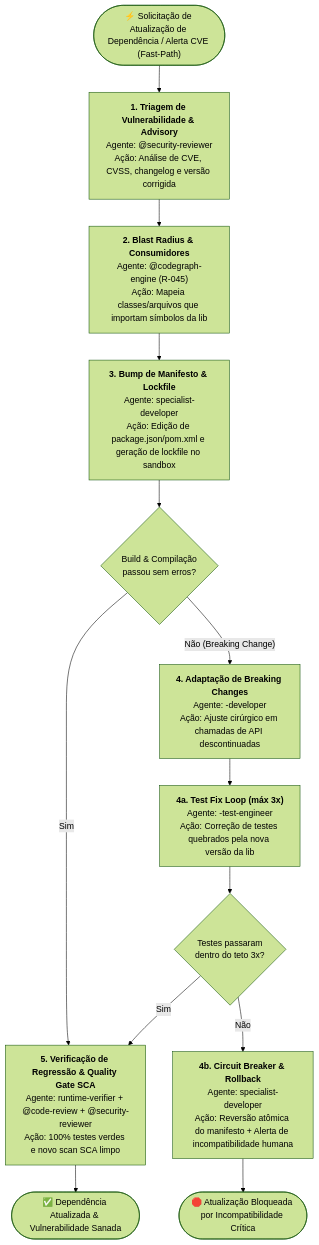
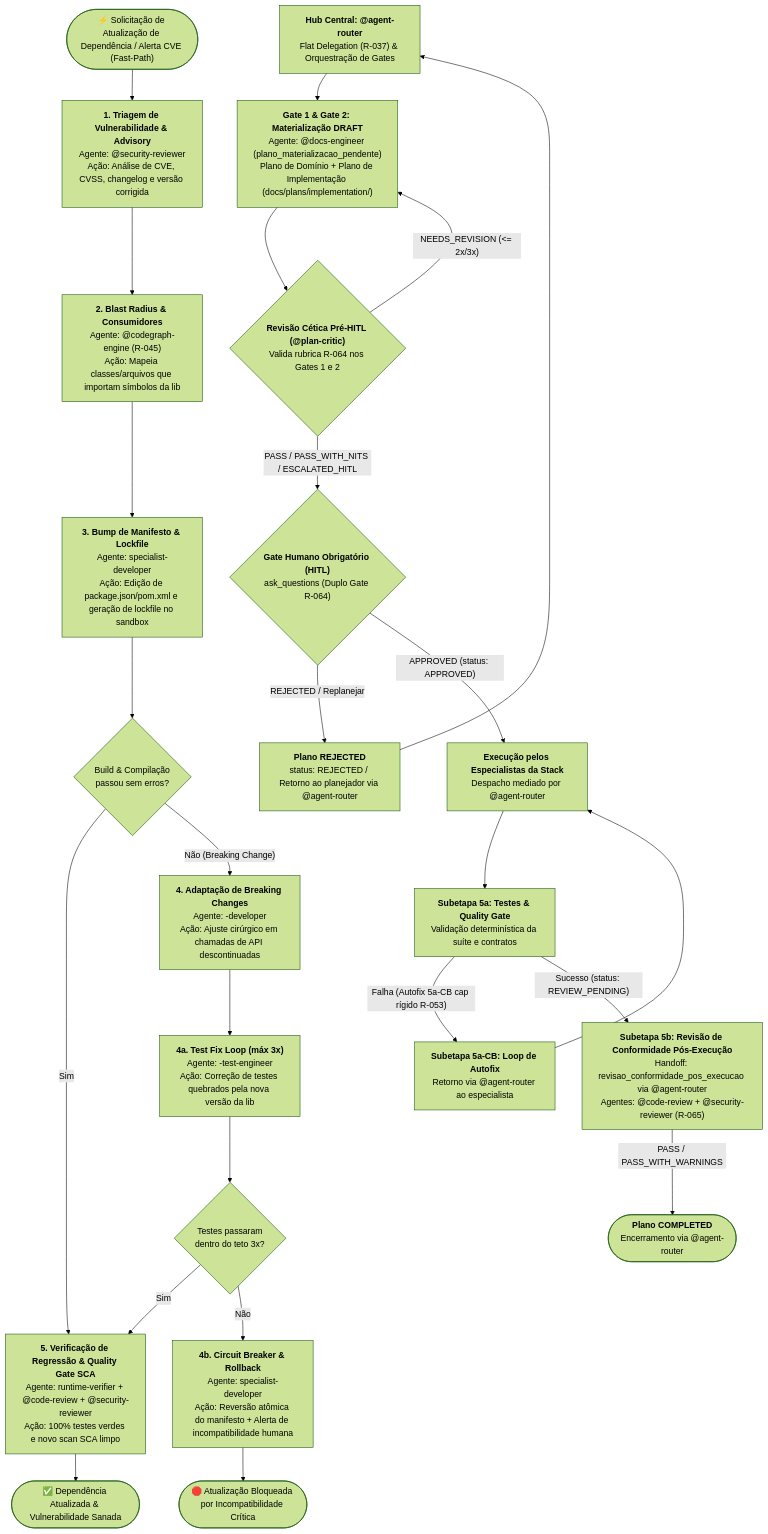
The diagram in .github/agents/workflows/workflow-dependency-vulnerability-remediation.md (jezreel8858/deep-agents-copilot), drawn with Mermaid (forest theme) before and after one commit. The commit also changed 84 other files, not shown here.

````diff
--- a/.github/agents/workflows/workflow-dependency-vulnerability-remediation.md
+++ b/.github/agents/workflows/workflow-dependency-vulnerability-remediation.md
@@ -12,20 +12,32 @@
 ```mermaid
+
 flowchart TD
     Start(["⚡ Solicitação de Atualização de Dependência / Alerta CVE (Fast-Path)"]) --> Triage["<b>1. Triagem de Vulnerabilidade & Advisory</b><br/>Agente: @security-reviewer<br/>Ação: Análise de CVE, CVSS, changelog e versão corrigida"]
 
     Triage --> Blast["<b>2. Blast Radius & Consumidores</b><br/>Agente: @codegraph-engine (R-045)<br/>Ação: Mapeia classes/arquivos que importam símbolos da lib"]
 
     Blast --> BumpManifest["<b>3. Bump de Manifesto & Lockfile</b><br/>Agente: specialist-developer<br/>Ação: Edição de package.json/pom.xml e geração de lockfile no sandbox"]
 
     BumpManifest --> CheckCompile{"Build & Compilação<br/>passou sem erros?"}
     CheckCompile -- "Sim" --> RegressionTest["<b>5. Verificação de Regressão & Quality Gate SCA</b><br/>Agente: runtime-verifier + @code-review + @security-reviewer<br/>Ação: 100% testes verdes e novo scan SCA limpo"]
     CheckCompile -- "Não (Breaking Change)" --> AdaptBreak["<b>4. Adaptação de Breaking Changes</b><br/>Agente: <stack>-developer<br/>Ação: Ajuste cirúrgico em chamadas de API descontinuadas"]
 
     AdaptBreak --> TestFixLoop["<b>4a. Test Fix Loop (máx 3x)</b><br/>Agente: <stack>-test-engineer<br/>Ação: Correção de testes quebrados pela nova versão da lib"]
     TestFixLoop --> CheckPass{"Testes passaram<br/>dentro do teto 3x?"}
     CheckPass -- "Sim" --> RegressionTest
     CheckPass -- "Não" --> Rollback["<b>4b. Circuit Breaker & Rollback</b><br/>Agente: specialist-developer<br/>Ação: Reversão atômica do manifesto + Alerta de incompatibilidade humana"]
 
     RegressionTest --> EndDone(["✅ Dependência Atualizada & Vulnerabilidade Sanada"])
     Rollback --> EndFail(["🛑 Atualização Bloqueada por Incompatibilidade Crítica"])
+    %% --- R-064 PARITY START ---
+    RouterHub["<b>Hub Central: @agent-router</b><br/>Flat Delegation (R-037) & Orquestração de Gates"] --> Gate1Mat["<b>Gate 1 & Gate 2: Materialização DRAFT</b><br/>Agente: @docs-engineer (plano_materializacao_pendente)<br/>Plano de Domínio + Plano de Implementação (docs/plans/implementation/)"]
+    Gate1Mat --> GateCritic{"<b>Revisão Cética Pré-HITL (@plan-critic)</b><br/>Valida rubrica R-064 nos Gates 1 e 2"}
+    GateCritic -- "NEEDS_REVISION (<= 2x/3x)" --> Gate1Mat
+    GateCritic -- "PASS / PASS_WITH_NITS / ESCALATED_HITL" --> GateHITL{"<b>Gate Humano Obrigatório (HITL)</b><br/>ask_questions (Duplo Gate R-064)"}
+    GateHITL -- "REJECTED / Replanejar" --> GateRejected["<b>Plano REJECTED</b><br/>status: REJECTED / Retorno ao planejador via @agent-router"] --> RouterHub
+    GateHITL -- "APPROVED (status: APPROVED)" --> ExecStack["<b>Execução pelos Especialistas da Stack</b><br/>Despacho mediado por @agent-router"]
+    ExecStack --> Sub5a["<b>Subetapa 5a: Testes & Quality Gate</b><br/>Validação determinística da suíte e contratos"]
+    Sub5a -- "Falha (Autofix 5a-CB cap rígido R-053)" --> Sub5aCB["<b>Subetapa 5a-CB: Loop de Autofix</b><br/>Retorno via @agent-router ao especialista"] --> ExecStack
+    Sub5a -- "Sucesso (status: REVIEW_PENDING)" --> Sub5b["<b>Subetapa 5b: Revisão de Conformidade Pós-Execução</b><br/>Handoff: revisao_conformidade_pos_execucao via @agent-router<br/>Agentes: @code-review + @security-reviewer (R-065)"]
+    Sub5b -- "PASS / PASS_WITH_WARNINGS" --> PlanCompleted(["<b>Plano COMPLETED</b><br/>Encerramento via @agent-router"])
 ```
````
